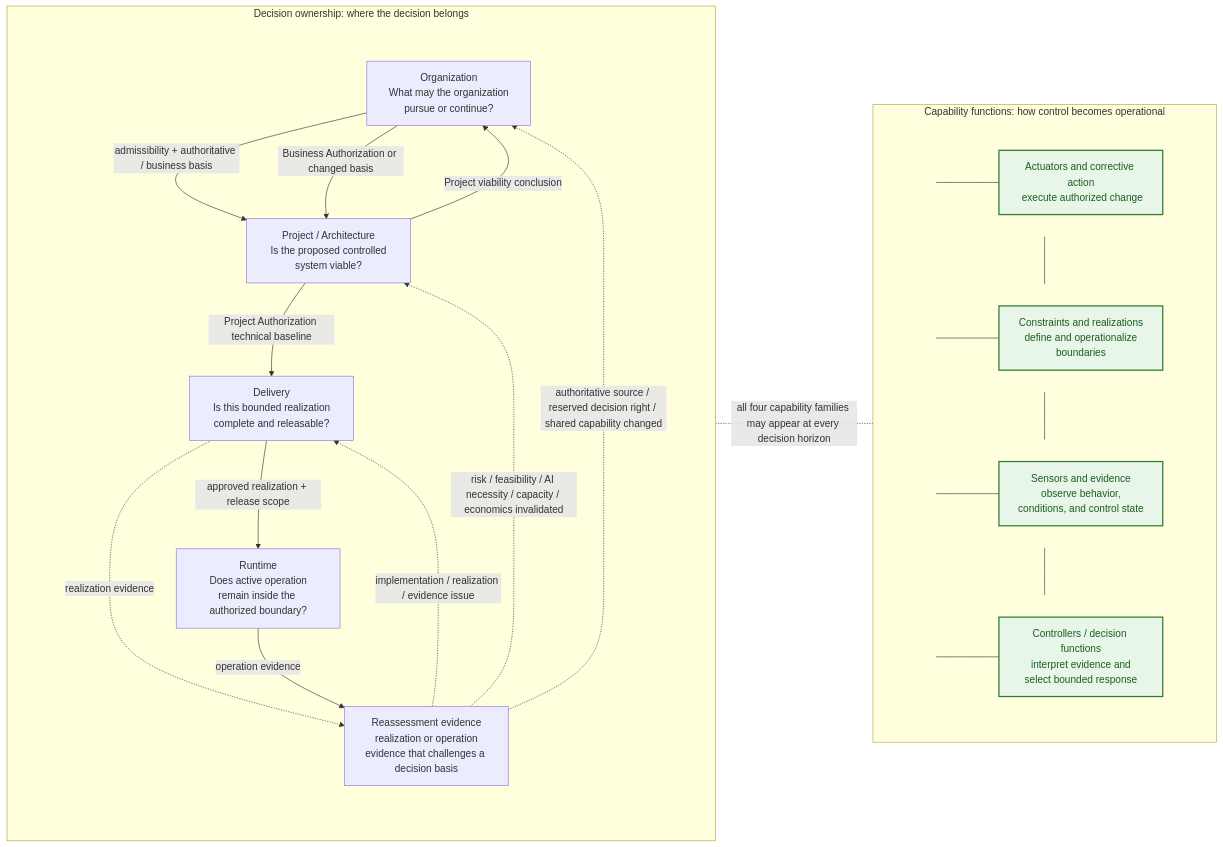
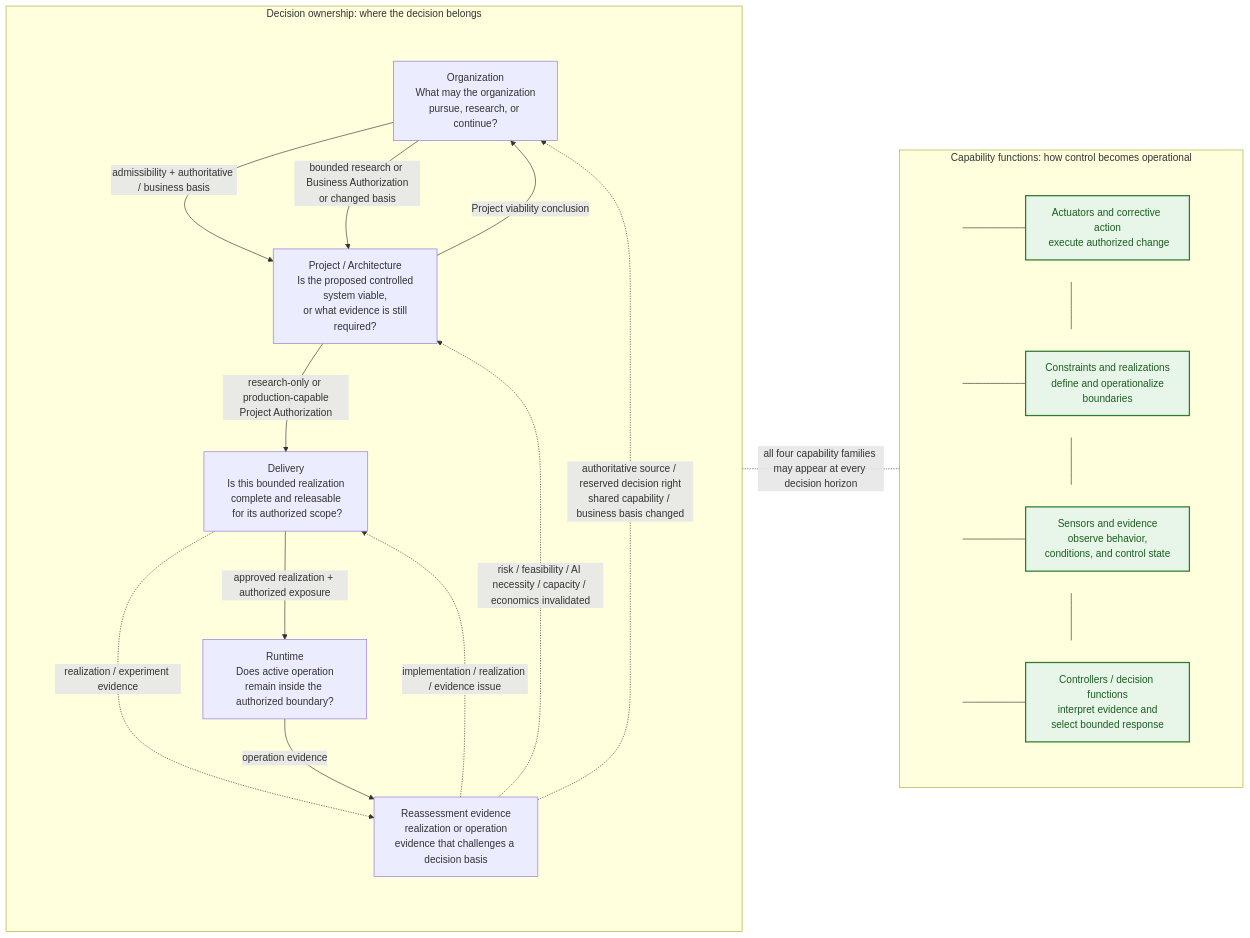
The ninth of 15 diagrams in content/research/notes/open-engineering-specification-article-draft.md (UncertaintyArchitectureGroup/uncertainty-architecture), drawn with Mermaid before and after one commit. The commit also changed other lines of this file, not shown here.

````diff
--- a/content/research/notes/open-engineering-specification-article-draft.md
+++ b/content/research/notes/open-engineering-specification-article-draft.md
@@ -506,62 +507,62 @@
 ```mermaid
 flowchart LR
     subgraph L["Decision ownership: where the decision belongs"]
         direction TB
         subgraph SPINE9[" "]
             direction TB
-            O["Organization<br/> What may the organization pursue or continue?"]
-            P["Project / Architecture<br/> Is the proposed controlled system viable?"]
-            D["Delivery<br/> Is this bounded realization complete and releasable?"]
+            O["Organization<br/> What may the organization pursue, research, or continue?"]
+            P["Project / Architecture<br/> Is the proposed controlled system viable,<br/> or what evidence is still required?"]
+            D["Delivery<br/> Is this bounded realization complete and releasable<br/> for its authorized scope?"]
             R["Runtime<br/> Does active operation remain inside the authorized boundary?"]
             E["Reassessment evidence<br/> realization or operation evidence that challenges a decision basis"]
 
             O -->|admissibility + authoritative / business basis| P
             P -->|Project viability conclusion| O
-            O -->|Business Authorization or changed basis| P
-            P -->|Project Authorization technical baseline| D
-            D -->|approved realization + release scope| R
-            D -.->|realization evidence| E
+            O -->|bounded research or Business Authorization<br/>or changed basis| P
+            P -->|research-only or production-capable<br/>Project Authorization| D
+            D -->|approved realization + authorized exposure| R
+            D -.->|realization / experiment evidence| E
             R -->|operation evidence| E
         end
 
         E -.->|implementation / realization / evidence issue| D
         E -.->|risk / feasibility / AI necessity / capacity / economics invalidated| P
-        E -.->|authoritative source / reserved decision right / shared capability changed| O
+        E -.->|authoritative source / reserved decision right<br/>shared capability / business basis changed| O
         style SPINE9 fill:none,stroke:none
     end
 
     subgraph F["Capability functions: how control becomes operational"]
         direction TB
         subgraph F1[" "]
             direction LR
             J1(( )) --- A["Actuators and corrective action<br/> execute authorized change"]
         end
         subgraph F2[" "]
             direction LR
             J2(( )) --- K["Constraints and realizations<br/> define and operationalize boundaries"]
         end
         subgraph F3[" "]
             direction LR
             J3(( )) --- S["Sensors and evidence<br/> observe behavior, conditions, and control state"]
         end
         subgraph F4[" "]
             direction LR
             J4(( )) --- C["Controllers / decision functions<br/> interpret evidence and select bounded response"]
         end
 
         J1 --- J2
         J2 --- J3
         J3 --- J4
         style F1 fill:none,stroke:none
         style F2 fill:none,stroke:none
         style F3 fill:none,stroke:none
         style F4 fill:none,stroke:none
     end
 
     L -. "all four capability families may appear at every decision horizon" .- F
 
     classDef capability fill:#e8f5e9,stroke:#2e7d32,stroke-width:2px,color:#1b5e20;
     classDef railpoint fill:transparent,stroke:transparent,color:transparent;
     class A,K,S,C capability;
     class J1,J2,J3,J4 railpoint;
 ```
````
